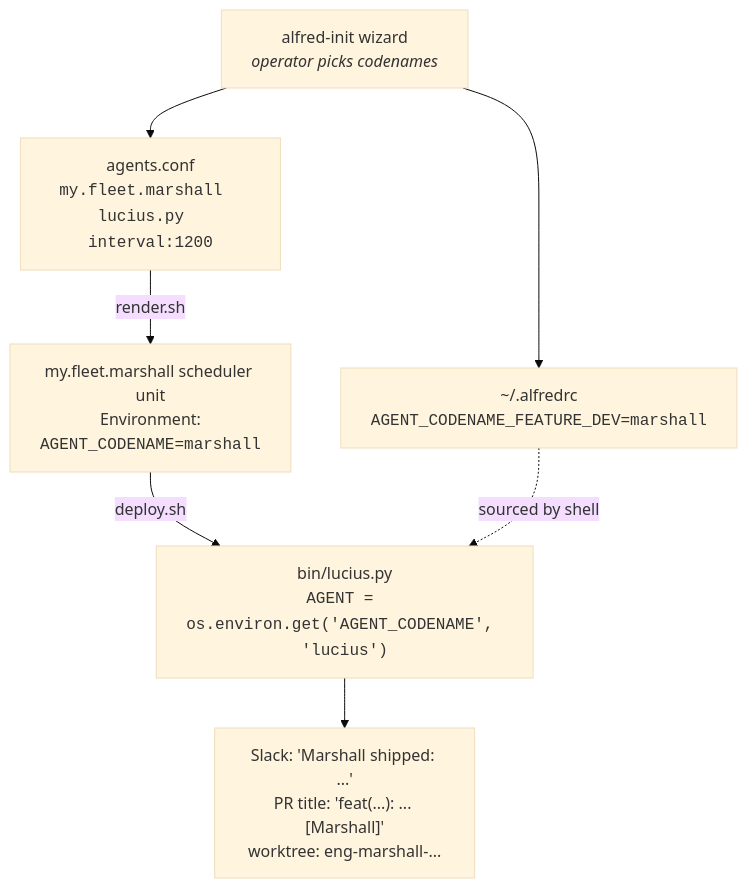
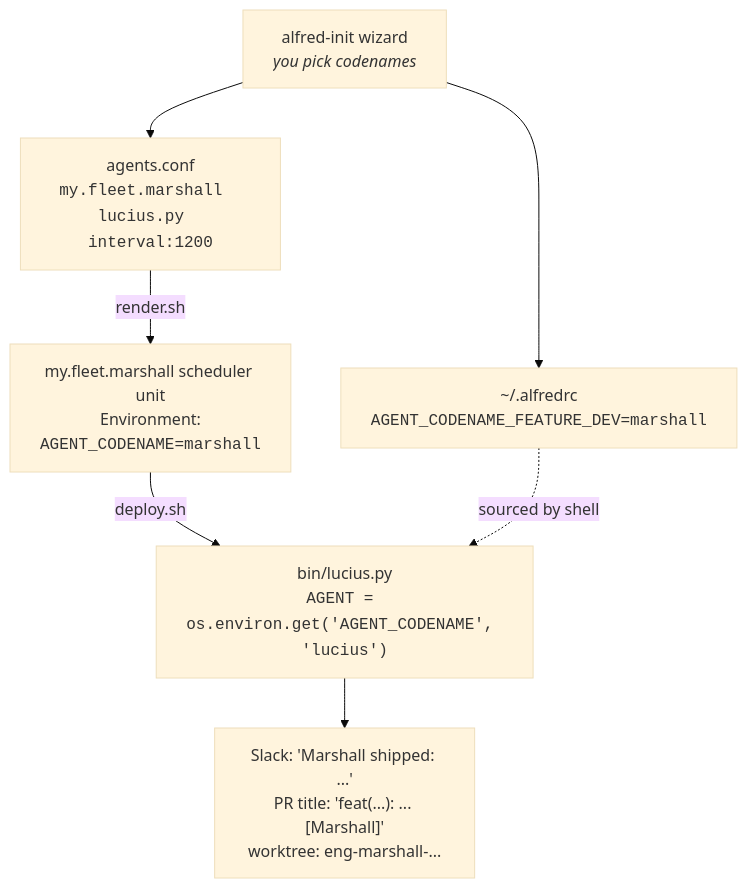
Before and after one commit to luminik-io/alfred-os: the diagram in site/src/content/docs/concepts/codename-pattern.md, drawn with Mermaid (base theme). The commit also changed other lines of this file and 142 other files, not shown here.

````diff
--- a/site/src/content/docs/concepts/codename-pattern.md
+++ b/site/src/content/docs/concepts/codename-pattern.md
@@ -87,16 +87,16 @@
 ```mermaid
 flowchart TB
-    init["alfred-init wizard<br/><i>operator picks codenames</i>"]
+    init["alfred-init wizard<br/><i>you pick codenames</i>"]
     rc["~/.alfredrc<br/><code>AGENT_CODENAME_FEATURE_DEV=marshall</code>"]
     conf["agents.conf<br/><code>my.fleet.marshall  lucius.py  interval:1200</code>"]
     unit["my.fleet.marshall scheduler unit<br/>Environment:<br/><code>AGENT_CODENAME=marshall</code>"]
     runner["bin/lucius.py<br/><code>AGENT = os.environ.get('AGENT_CODENAME', 'lucius')</code>"]
     output["Slack: 'Marshall shipped: ...'<br/>PR title: 'feat(...): ... [Marshall]'<br/>worktree: eng-marshall-..."]
 
     init --> rc
     init --> conf
     conf -- "render.sh" --> unit
     unit -- "deploy.sh" --> runner
     rc -. "sourced by shell" .-> runner
     runner --> output
 ```
````
